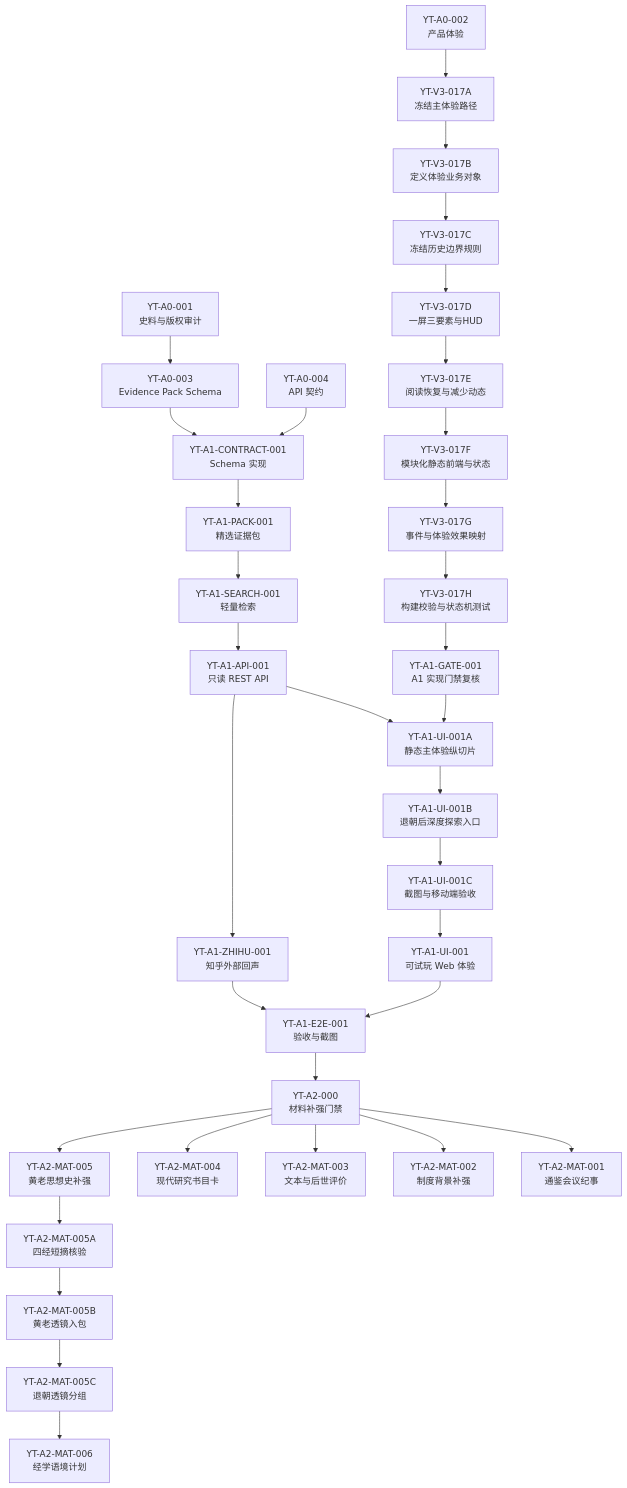
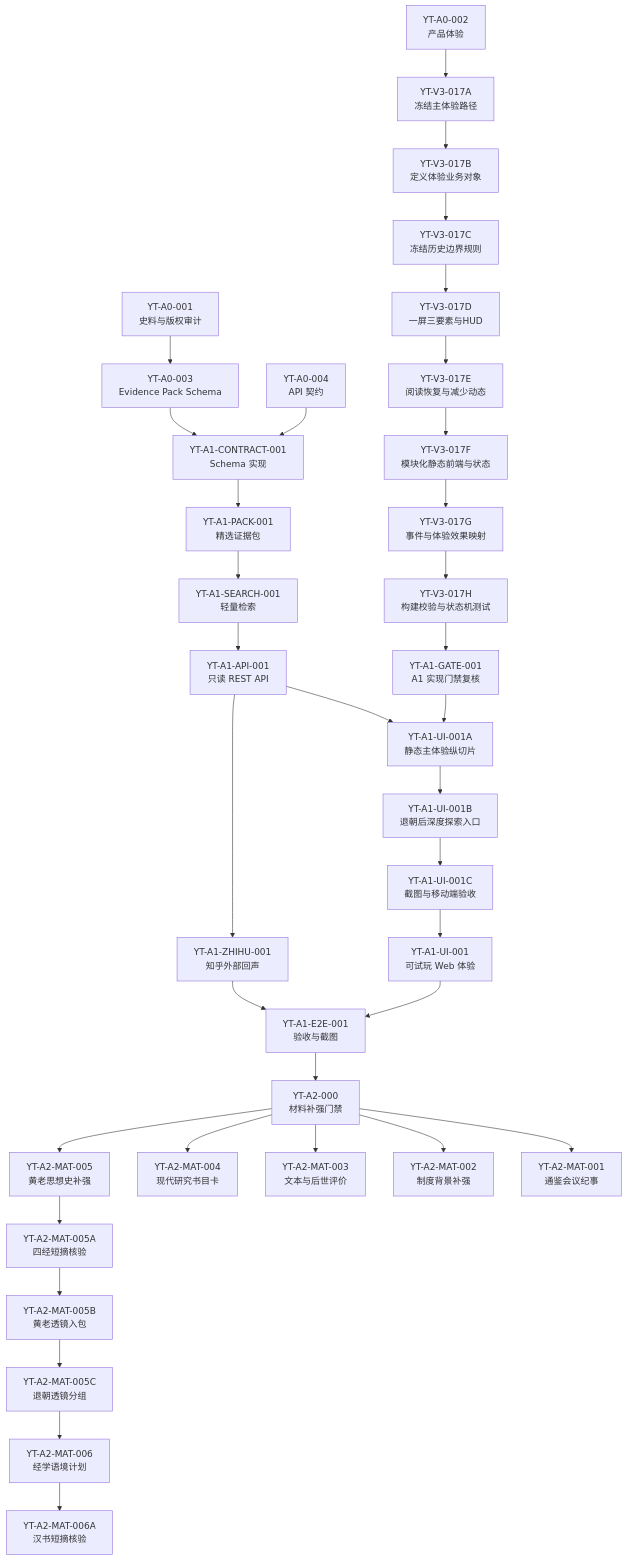
One commit to baijianqing/yantie-history changed the diagram in docs/YANTIE_TASK_BREAKDOWN.md. Above: the diagram before and after it, drawn with Mermaid. The commit also changed other lines of this file and 4 other files, not shown here.

````diff
--- a/docs/YANTIE_TASK_BREAKDOWN.md
+++ b/docs/YANTIE_TASK_BREAKDOWN.md
@@ -24,37 +24,38 @@
 ```mermaid
 flowchart TB
     A001["YT-A0-001<br/>史料与版权审计"] --> A003["YT-A0-003<br/>Evidence Pack Schema"]
     A002["YT-A0-002<br/>产品体验"]
     A003 --> C001["YT-A1-CONTRACT-001<br/>Schema 实现"]
     A004["YT-A0-004<br/>API 契约"] --> C001
     C001 --> P001["YT-A1-PACK-001<br/>精选证据包"]
     P001 --> S001["YT-A1-SEARCH-001<br/>轻量检索"]
     S001 --> API001["YT-A1-API-001<br/>只读 REST API"]
     API001 --> UI001A["YT-A1-UI-001A<br/>静态主体验纵切片"]
     UI001A --> UI001B["YT-A1-UI-001B<br/>退朝后深度探索入口"]
     UI001B --> UI001C["YT-A1-UI-001C<br/>截图与移动端验收"]
     UI001C --> UI001["YT-A1-UI-001<br/>可试玩 Web 体验"]
     API001 --> ZH001["YT-A1-ZHIHU-001<br/>知乎外部回声"]
     UI001 --> E2E001["YT-A1-E2E-001<br/>验收与截图"]
     ZH001 --> E2E001
     E2E001 --> A2000["YT-A2-000<br/>材料补强门禁"]
     A2000 --> A2MAT001["YT-A2-MAT-001<br/>通鉴会议纪事"]
     A2000 --> A2MAT002["YT-A2-MAT-002<br/>制度背景补强"]
     A2000 --> A2MAT003["YT-A2-MAT-003<br/>文本与后世评价"]
     A2000 --> A2MAT004["YT-A2-MAT-004<br/>现代研究书目卡"]
     A2000 --> A2MAT005["YT-A2-MAT-005<br/>黄老思想史补强"]
     A2MAT005 --> A2MAT005A["YT-A2-MAT-005A<br/>四经短摘核验"]
     A2MAT005A --> A2MAT005B["YT-A2-MAT-005B<br/>黄老透镜入包"]
     A2MAT005B --> A2MAT005C["YT-A2-MAT-005C<br/>退朝透镜分组"]
     A2MAT005C --> A2MAT006["YT-A2-MAT-006<br/>经学语境计划"]
+    A2MAT006 --> A2MAT006A["YT-A2-MAT-006A<br/>汉书短摘核验"]
     A002 --> V3017A["YT-V3-017A<br/>冻结主体验路径"]
     V3017A --> V3017B["YT-V3-017B<br/>定义体验业务对象"]
     V3017B --> V3017C["YT-V3-017C<br/>冻结历史边界规则"]
     V3017C --> V3017D["YT-V3-017D<br/>一屏三要素与HUD"]
     V3017D --> V3017E["YT-V3-017E<br/>阅读恢复与减少动态"]
     V3017E --> V3017F["YT-V3-017F<br/>模块化静态前端与状态"]
     V3017F --> V3017G["YT-V3-017G<br/>事件与体验效果映射"]
     V3017G --> V3017H["YT-V3-017H<br/>构建校验与状态机测试"]
     V3017H --> GATE001["YT-A1-GATE-001<br/>A1 实现门禁复核"]
     GATE001 --> UI001A
 ```
````
